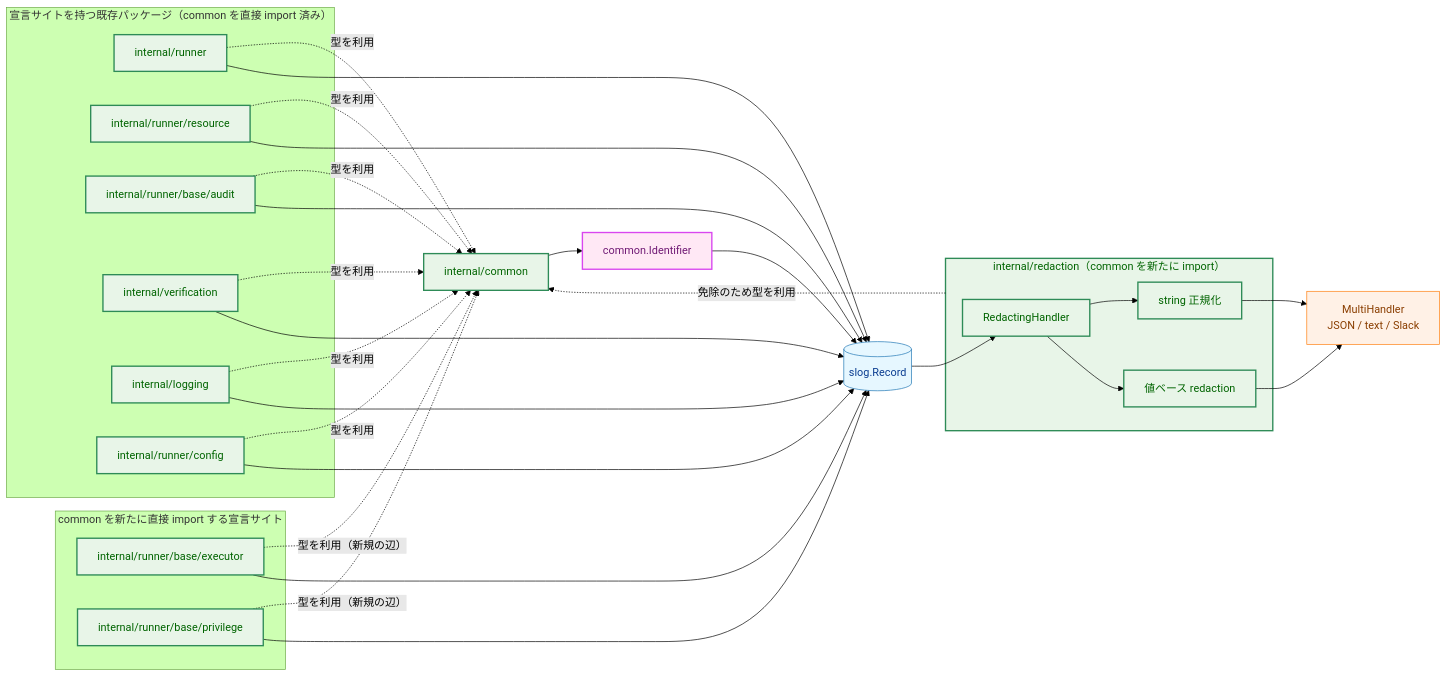
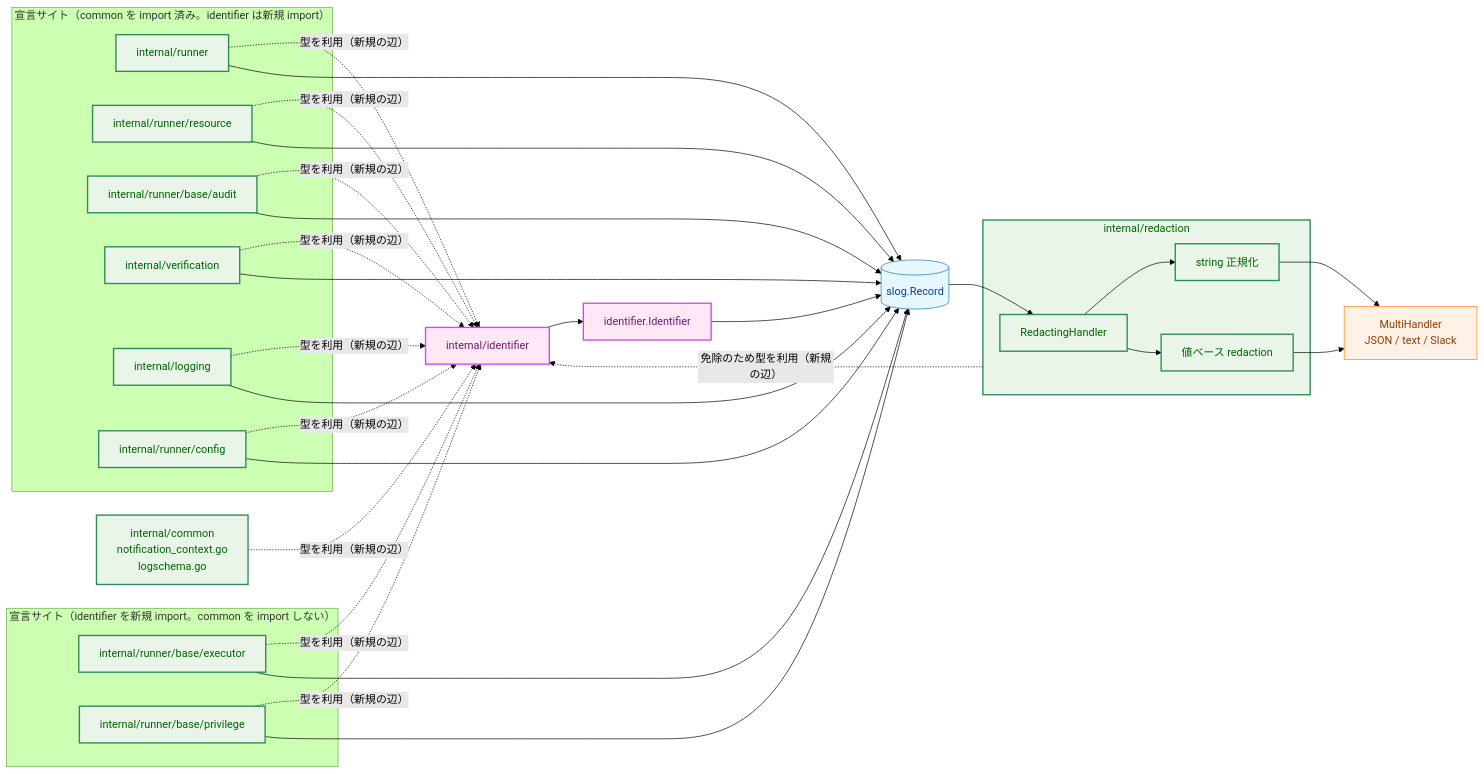
Before and after one commit to isseis/go-safe-cmd-runner: the third of 12 diagrams in docs/tasks/0173_identifier_redaction_exemption/02_architecture.md, drawn with Mermaid (forest theme). The commit also changed other lines of this file and 2 other files, not shown here.

Commit message:
docs(0173): move Identifier to a leaf package and re-draft documents

````diff
--- a/docs/tasks/0173_identifier_redaction_exemption/02_architecture.md
+++ b/docs/tasks/0173_identifier_redaction_exemption/02_architecture.md
@@ -128,63 +128,65 @@
 ```mermaid
 flowchart LR
     classDef data fill:#e6f7ff,stroke:#1f77b4,stroke-width:1px,color:#0b3d91;
     classDef process fill:#fff1e6,stroke:#ff7f0e,stroke-width:1px,color:#8a3e00;
     classDef enhanced fill:#e8f5e8,stroke:#2e8b57,stroke-width:2px,color:#006400;
     classDef newpkg fill:#ffe8f5,stroke:#d946ef,stroke-width:2px,color:#701a75;
 
-    subgraph Producers["宣言サイトを持つ既存パッケージ（common を直接 import 済み）"]
+    subgraph Producers["宣言サイト（common を import 済み。identifier は新規 import）"]
         RUNNER["internal/runner"]
         RESOURCE["internal/runner/resource"]
         AUDIT["internal/runner/base/audit"]
         VERIFY["internal/verification"]
         LOGSEC["internal/logging"]
         CFGPKG["internal/runner/config"]
     end
 
-    subgraph NewEdges["common を新たに直接 import する宣言サイト"]
+    subgraph NewEdges["宣言サイト（identifier を新規 import。common を import しない）"]
         EXECPKG["internal/runner/base/executor"]
         PRIVPKG["internal/runner/base/privilege"]
     end
 
-    COMMON["internal/common"]
-    ID["common.Identifier"]
+    COMMON["internal/common<br>notification_context.go<br>logschema.go"]
+    IDPKG["internal/identifier"]
+    ID["identifier.Identifier"]
 
-    subgraph Redaction["internal/redaction（common を新たに import）"]
+    subgraph Redaction["internal/redaction"]
         RH["RedactingHandler"]
         EX["string 正規化"]
         VC["値ベース redaction"]
     end
 
     RECORD[("slog.Record")]
     DOWN["MultiHandler<br>JSON / text / Slack"]
 
-    RUNNER -.->|"型を利用"| COMMON
-    RESOURCE -.->|"型を利用"| COMMON
-    AUDIT -.->|"型を利用"| COMMON
-    VERIFY -.->|"型を利用"| COMMON
-    LOGSEC -.->|"型を利用"| COMMON
-    CFGPKG -.->|"型を利用"| COMMON
-    EXECPKG -.->|"型を利用（新規の辺）"| COMMON
-    PRIVPKG -.->|"型を利用（新規の辺）"| COMMON
-    Redaction -.->|"免除のため型を利用"| COMMON
-    COMMON --> ID
+    RUNNER -.->|"型を利用（新規の辺）"| IDPKG
+    RESOURCE -.->|"型を利用（新規の辺）"| IDPKG
+    AUDIT -.->|"型を利用（新規の辺）"| IDPKG
+    VERIFY -.->|"型を利用（新規の辺）"| IDPKG
+    LOGSEC -.->|"型を利用（新規の辺）"| IDPKG
+    CFGPKG -.->|"型を利用（新規の辺）"| IDPKG
+    EXECPKG -.->|"型を利用（新規の辺）"| IDPKG
+    PRIVPKG -.->|"型を利用（新規の辺）"| IDPKG
+    COMMON -.->|"型を利用（新規の辺）"| IDPKG
+    Redaction -.->|"免除のため型を利用（新規の辺）"| IDPKG
+    IDPKG --> ID
     RUNNER --> RECORD
     RESOURCE --> RECORD
     AUDIT --> RECORD
     VERIFY --> RECORD
     LOGSEC --> RECORD
     CFGPKG --> RECORD
     EXECPKG --> RECORD
     PRIVPKG --> RECORD
     ID --> RECORD
     RECORD --> RH
     RH --> EX
     RH --> VC
     EX --> DOWN
     VC --> DOWN
 
     class RECORD data
     class DOWN process
     class COMMON,RUNNER,RESOURCE,AUDIT,VERIFY,LOGSEC,CFGPKG,EXECPKG,PRIVPKG,Redaction,RH,EX,VC enhanced
-    class ID newpkg
+    class IDPKG,ID newpkg
 ```
````
